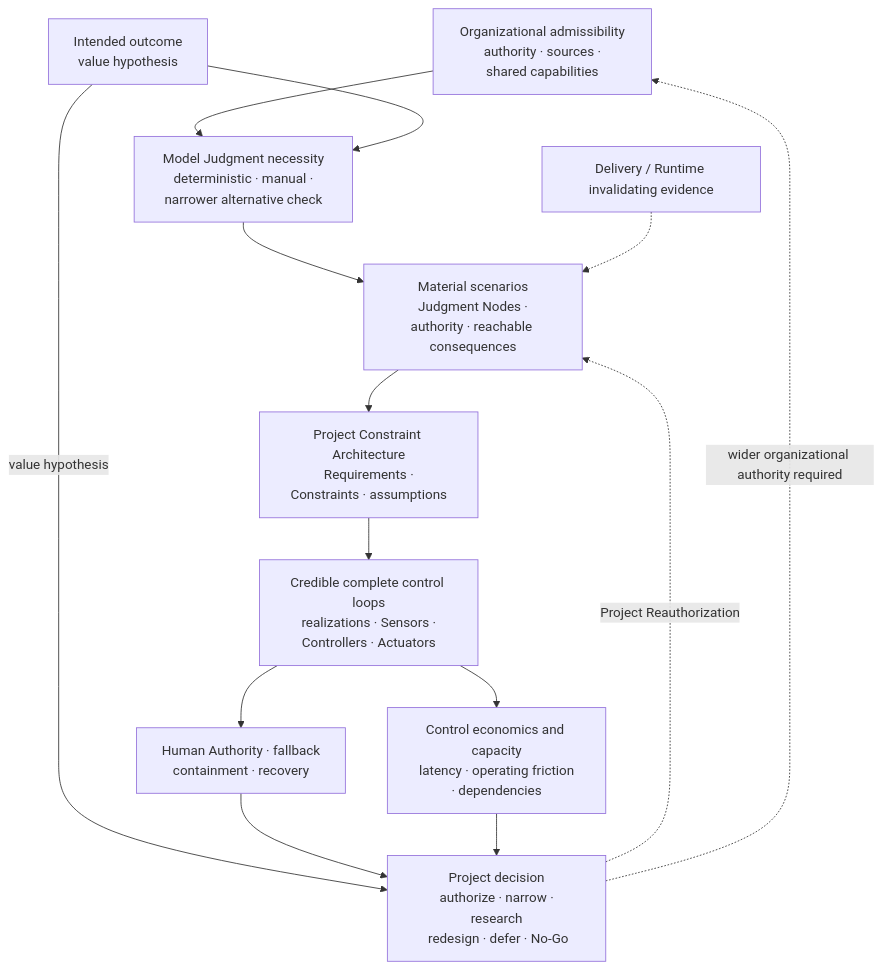
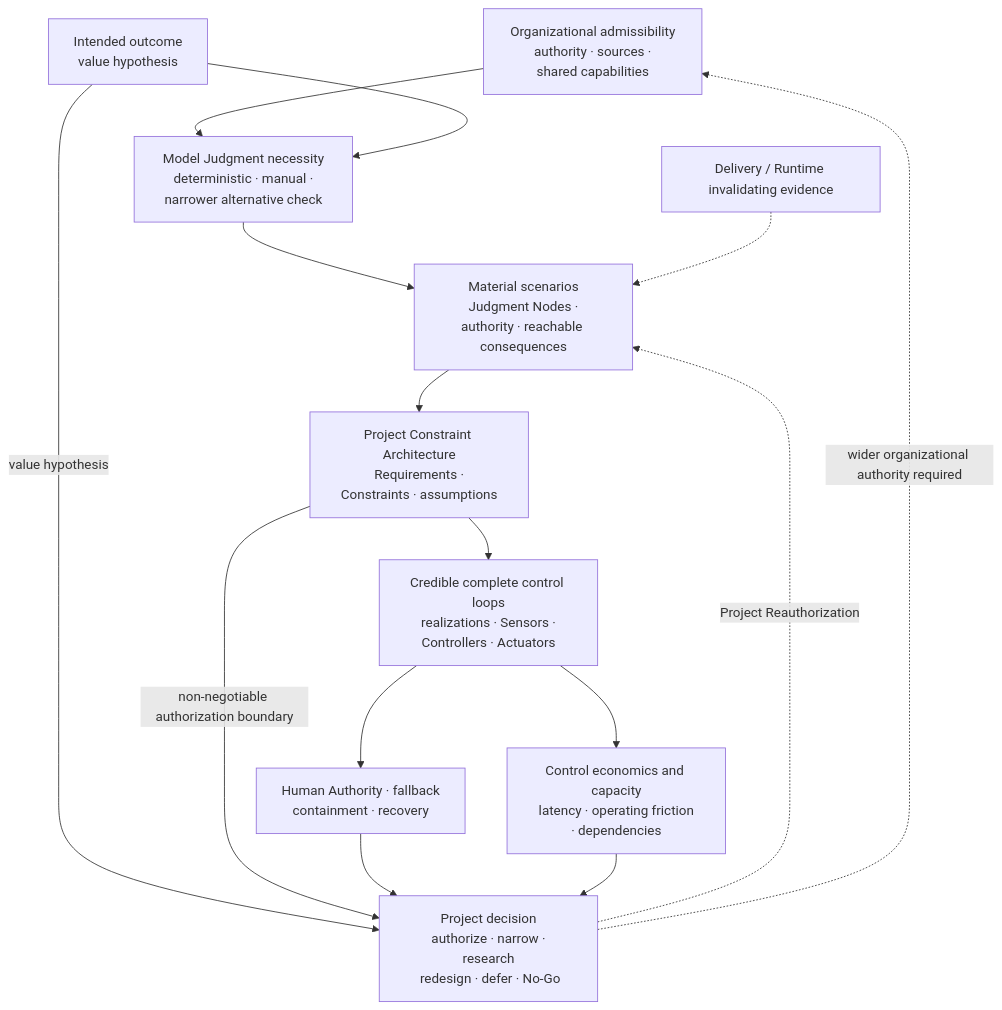
Before and after one commit to UncertaintyArchitectureGroup/uncertainty-architecture: diagram 11 of 15 in content/research/notes/open-engineering-specification-article-draft.md, drawn with Mermaid. The commit also changed 1 other file, not shown here.

Commit message:
docs(research): connect project constraints to authorization decision

````diff
--- a/content/research/notes/open-engineering-specification-article-draft.md
+++ b/content/research/notes/open-engineering-specification-article-draft.md
@@ -615,21 +615,22 @@
 ```mermaid
 flowchart TB
     ORG["Organizational admissibility<br/> authority · sources · shared capabilities"]
     OUT["Intended outcome<br/> value hypothesis"]
     NEED["Model Judgment necessity<br/> deterministic · manual · narrower alternative check"]
     RISK["Material scenarios<br/> Judgment Nodes · authority · reachable consequences"]
     K["Project Constraint Architecture<br/> Requirements · Constraints · assumptions"]
     LOOP["Credible complete control loops<br/> realizations · Sensors · Controllers · Actuators"]
     HUMAN["Human Authority · fallback<br/> containment · recovery"]
     ECON["Control economics and capacity<br/> latency · operating friction · dependencies"]
     DEC["Project decision<br/> authorize · narrow · research<br/> redesign · defer · No-Go"]
     RE["Delivery / Runtime invalidating evidence"]
     ORG --> NEED
     OUT --> NEED --> RISK --> K --> LOOP
     OUT -->|value hypothesis| DEC
+    K -->|non-negotiable authorization boundary| DEC
     LOOP --> HUMAN --> DEC
     LOOP --> ECON --> DEC
     RE -.-> RISK
     DEC -. Project Reauthorization .-> RISK
     DEC -.->|wider organizational authority required| ORG
 ```
````
